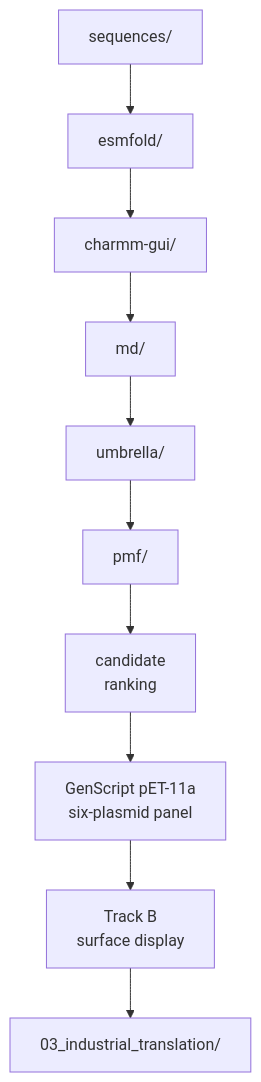
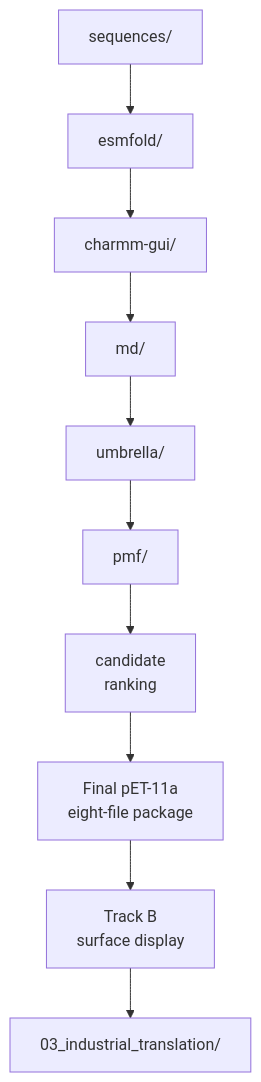
One commit to jackyissocute/LiSPER changed the first of 3 diagrams in 06_project_operations/docs/repository_guide.md. Above: the diagram before and after it, drawn with Mermaid. The commit also changed 30 other files, not shown here.

Commit message:
Keep final pET-11a plasmid package

````diff
--- a/06_project_operations/docs/repository_guide.md
+++ b/06_project_operations/docs/repository_guide.md
@@ -7,26 +7,26 @@
 ```mermaid
 flowchart TD
     accTitle: LiSPER Main Data Flow
     accDescr: The main data flow moves from computational discovery to GenScript plasmid construction, surface-display validation, binding assays and industrial translation.
 
     sequences["sequences/"]
     esmfold["esmfold/"]
     charmm_gui["charmm-gui/"]
     md["md/"]
     umbrella["umbrella/"]
     pmf["pmf/"]
     ranking["candidate<br/>ranking"]
-    ordered_peptides["GenScript pET-11a<br/>six-plasmid panel"]
+    ordered_peptides["Final pET-11a<br/>eight-file package"]
     display["Track B<br/>surface display"]
     translation["03_industrial_translation/"]
 
     sequences --> esmfold
     esmfold --> charmm_gui
     charmm_gui --> md
     md --> umbrella
     umbrella --> pmf
     pmf --> ranking
     ranking --> ordered_peptides
     ordered_peptides --> display
     display --> translation
 ```
````
